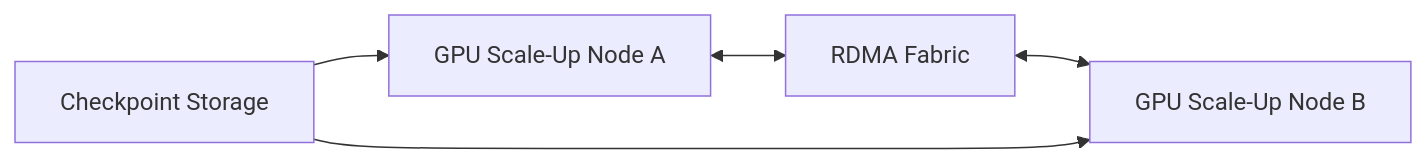
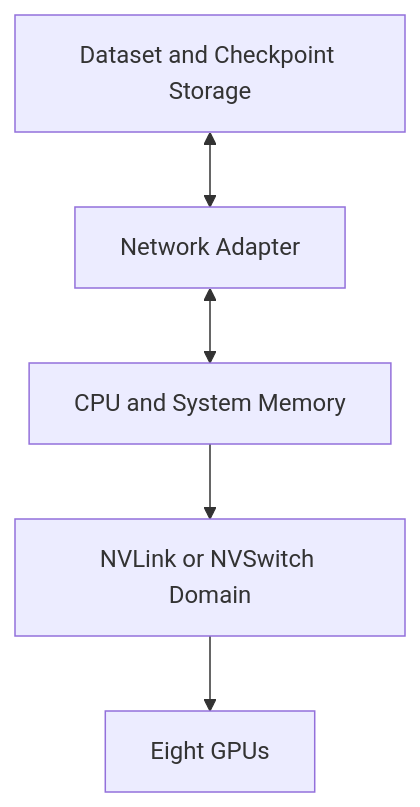
The second of 4 diagrams in docs/nvidia-zero-to-hero/volume-07/chapter-11-production-design-scenarios.md (jithinpnjm/nvidia-devops), drawn with Mermaid before and after one commit. The commit also changed other lines of this file and 7 other files, not shown here.

````diff
--- a/docs/nvidia-zero-to-hero/volume-07/chapter-11-production-design-scenarios.md
+++ b/docs/nvidia-zero-to-hero/volume-07/chapter-11-production-design-scenarios.md
@@ -16,7 +87,12 @@
 ```mermaid
-flowchart LR
-    NodeA[GPU Scale-Up Node A] <--> Fabric[RDMA Fabric]
-    Fabric <--> NodeB[GPU Scale-Up Node B]
-    Storage[Checkpoint Storage] --> NodeA
-    Storage --> NodeB
+flowchart TD
+    CPU[CPU and System Memory]
+    Fabric[NVLink or NVSwitch Domain]
+    GPUs[Eight GPUs]
+    NIC[Network Adapter]
+    Storage[Dataset and Checkpoint Storage]
+
+    CPU --> Fabric --> GPUs
+    NIC <--> CPU
+    Storage <--> NIC
 ```
````
